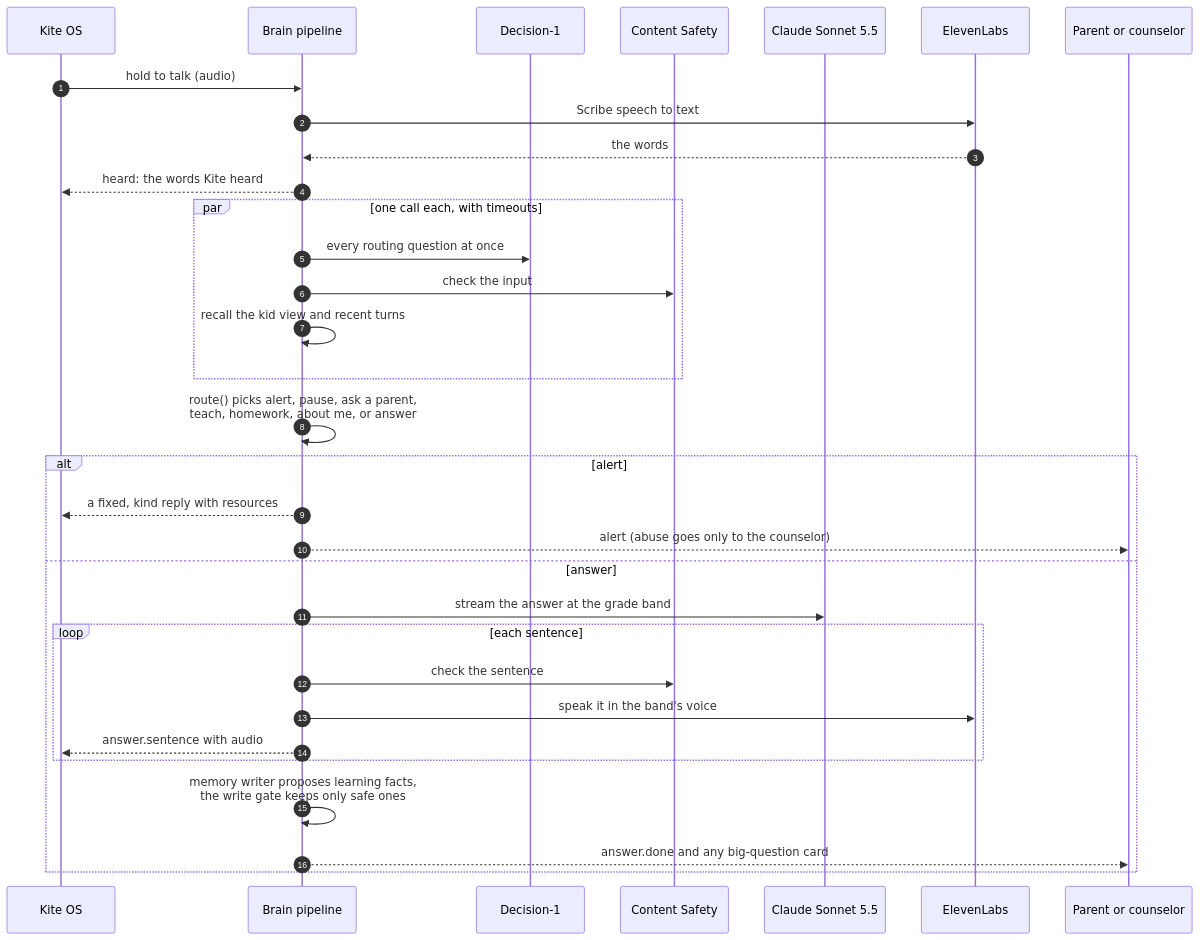
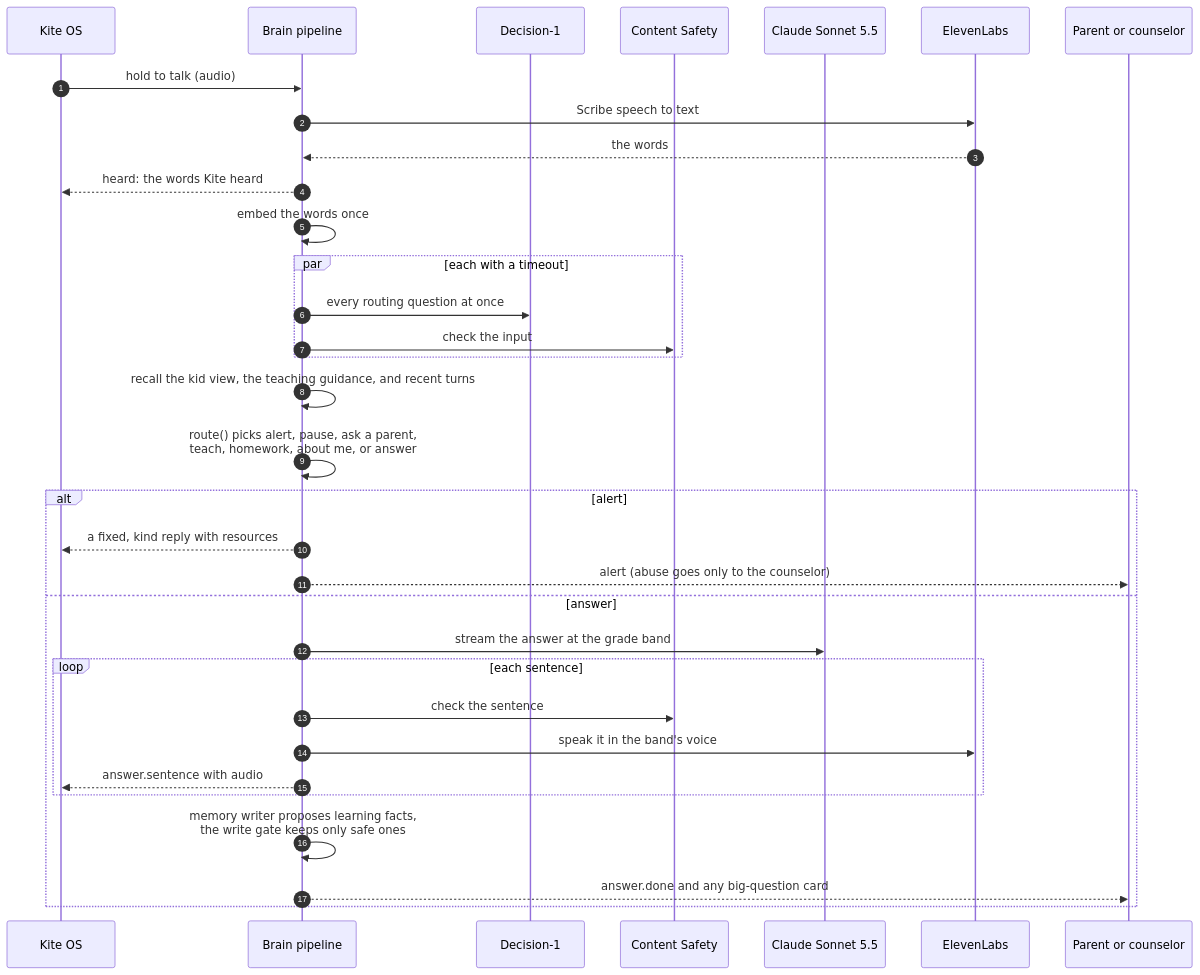
The second of 4 diagrams in README.md (gpuligundla/kite), drawn with Mermaid before and after one commit. The commit also changed other lines of this file, not shown here.

Commit message:
README: recall runs after Decision-1, and the red team scores at the live threshold
Claude-Session: https://claude.ai/code/session_01RUGrAXDVgGfv4kbWQFAtoE

````diff
--- a/README.md
+++ b/README.md
@@ -79,35 +79,36 @@
 ```mermaid
 sequenceDiagram
   autonumber
   participant Kid as Kite OS
   participant Brain as Brain pipeline
   participant D1 as Decision-1
   participant CS as Content Safety
   participant Claude as Claude Sonnet 5.5
   participant EL as ElevenLabs
   participant Adult as Parent or counselor
 
   Kid->>Brain: hold to talk (audio)
   Brain->>EL: Scribe speech to text
   EL-->>Brain: the words
   Brain-->>Kid: heard: the words Kite heard
-  par one call each, with timeouts
+  Brain->>Brain: embed the words once
+  par each with a timeout
     Brain->>D1: every routing question at once
     Brain->>CS: check the input
-    Brain->>Brain: recall the kid view and recent turns
   end
+  Brain->>Brain: recall the kid view, the teaching guidance, and recent turns
   Brain->>Brain: route() picks alert, pause, ask a parent,<br/>teach, homework, about me, or answer
   alt alert
     Brain-->>Kid: a fixed, kind reply with resources
     Brain-->>Adult: alert (abuse goes only to the counselor)
   else answer
     Brain->>Claude: stream the answer at the grade band
     loop each sentence
       Brain->>CS: check the sentence
       Brain->>EL: speak it in the band's voice
       Brain-->>Kid: answer.sentence with audio
     end
     Brain->>Brain: memory writer proposes learning facts,<br/>the write gate keeps only safe ones
     Brain-->>Adult: answer.done and any big-question card
   end
 ```
````
